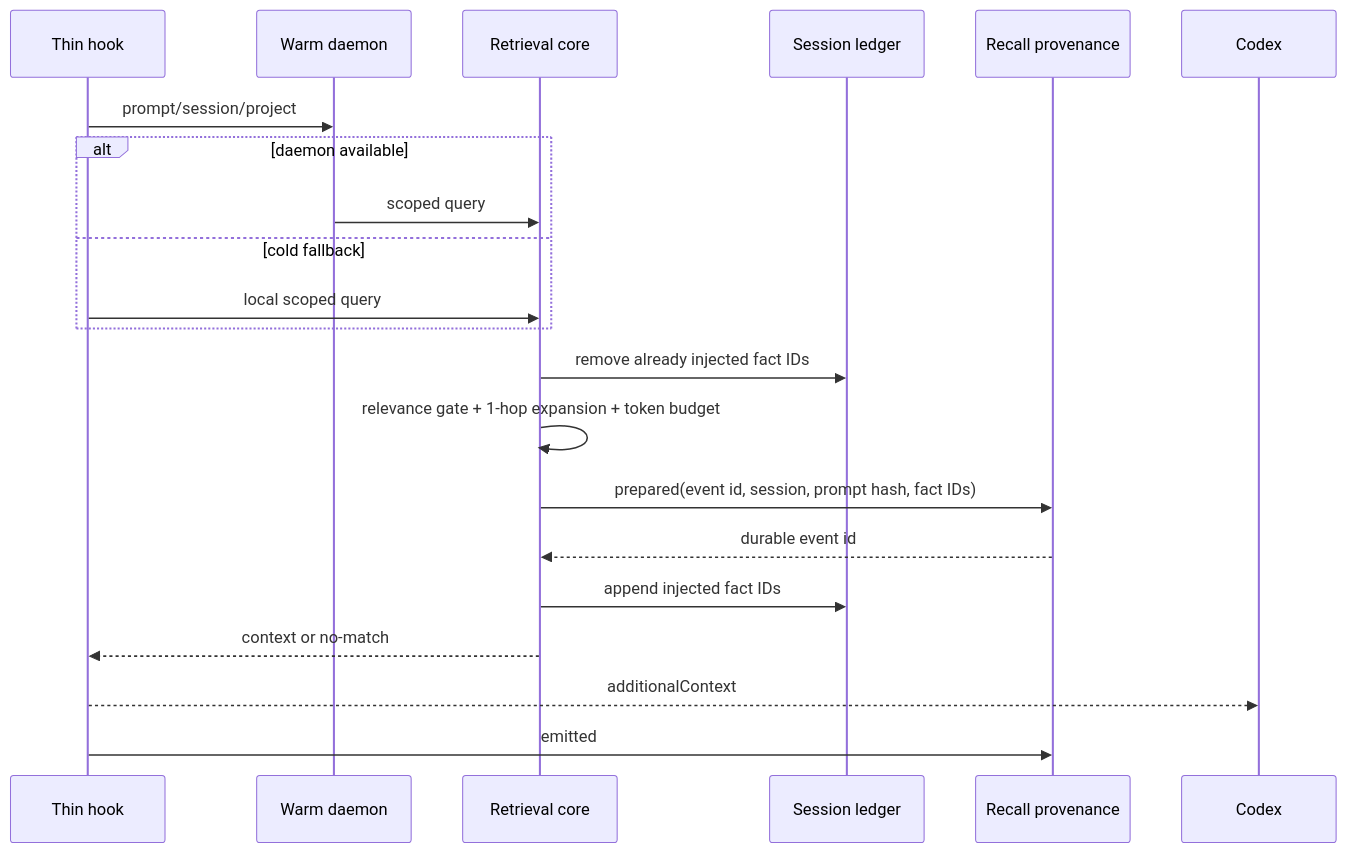
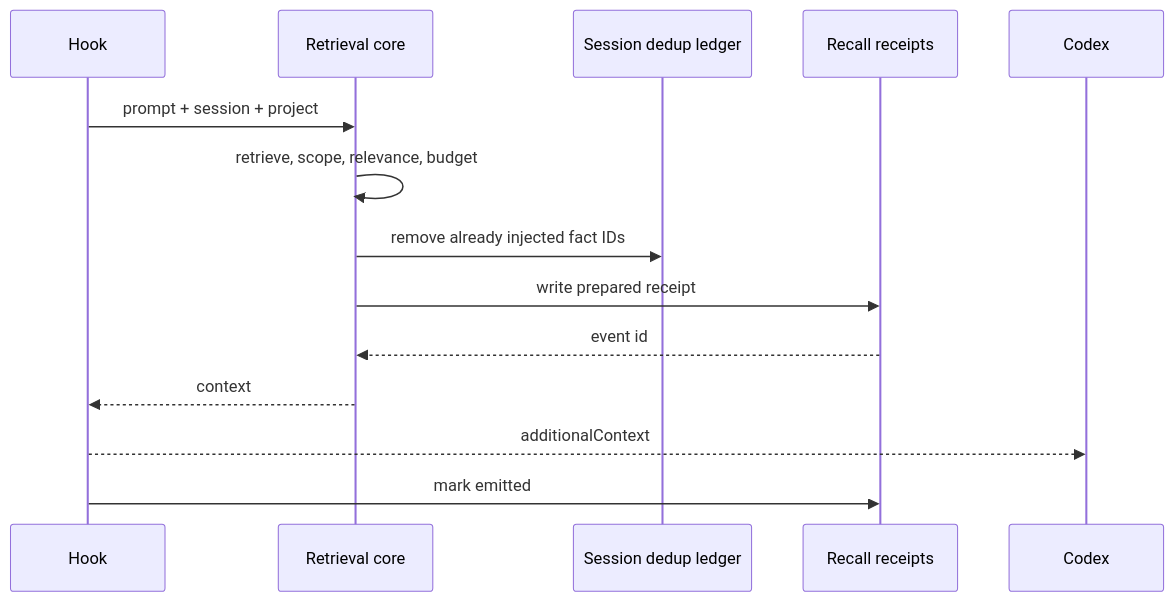
The second of 2 diagrams in docs/RETRIEVAL-AND-CONTEXT.md (BongSuCHOI/memex), drawn with Mermaid before and after one commit. The commit also changed other lines of this file and 21 other files, not shown here.

````diff
--- a/docs/RETRIEVAL-AND-CONTEXT.md
+++ b/docs/RETRIEVAL-AND-CONTEXT.md
@@ -39,23 +43,17 @@
 ```mermaid
 sequenceDiagram
-    participant H as Thin hook
-    participant D as Warm daemon
+    participant H as Hook
     participant R as Retrieval core
-    participant L as Session ledger
-    participant P as Recall provenance
+    participant L as Session dedup ledger
+    participant P as Recall receipts
     participant C as Codex
-    H->>D: prompt/session/project
-    alt daemon available
-      D->>R: scoped query
-    else cold fallback
-      H->>R: local scoped query
-    end
+
+    H->>R: prompt + session + project
+    R->>R: retrieve, scope, relevance, budget
     R->>L: remove already injected fact IDs
-    R->>R: relevance gate + 1-hop expansion + token budget
-    R->>P: prepared(event id, session, prompt hash, fact IDs)
-    P-->>R: durable event id
-    R->>L: append injected fact IDs
-    R-->>H: context or no-match
+    R->>P: write prepared receipt
+    P-->>R: event id
+    R-->>H: context
     H-->>C: additionalContext
-    H->>P: emitted
+    H->>P: mark emitted
 ```
````
